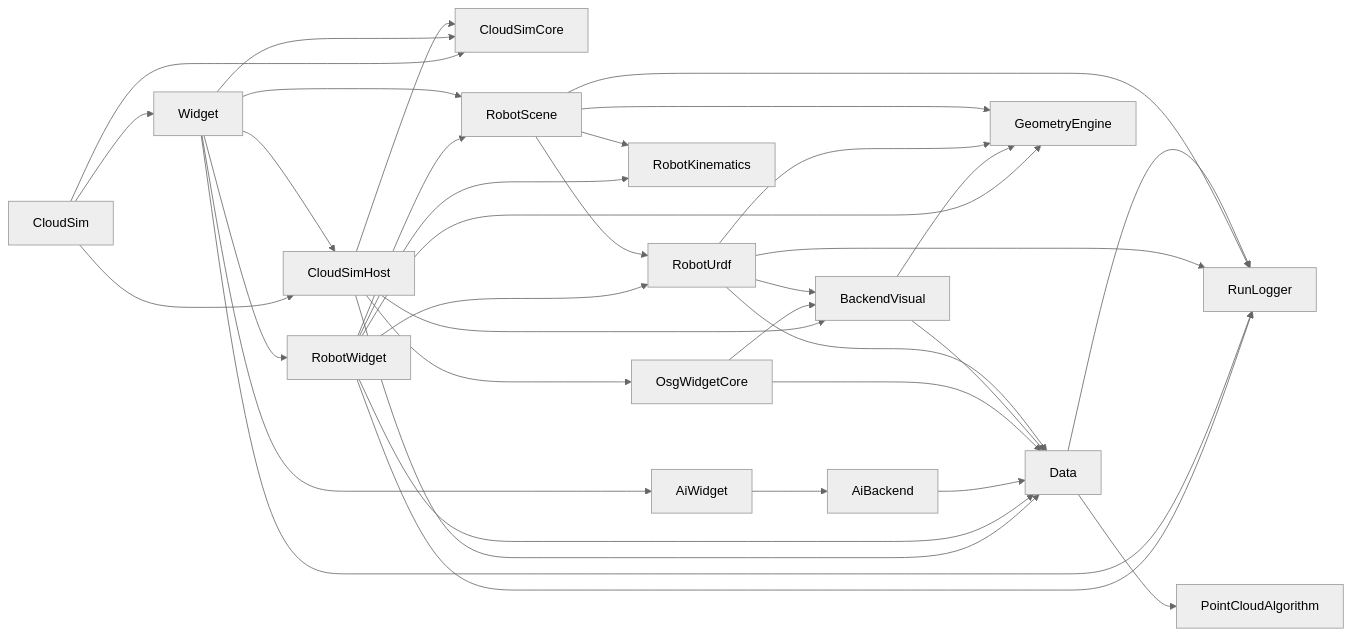
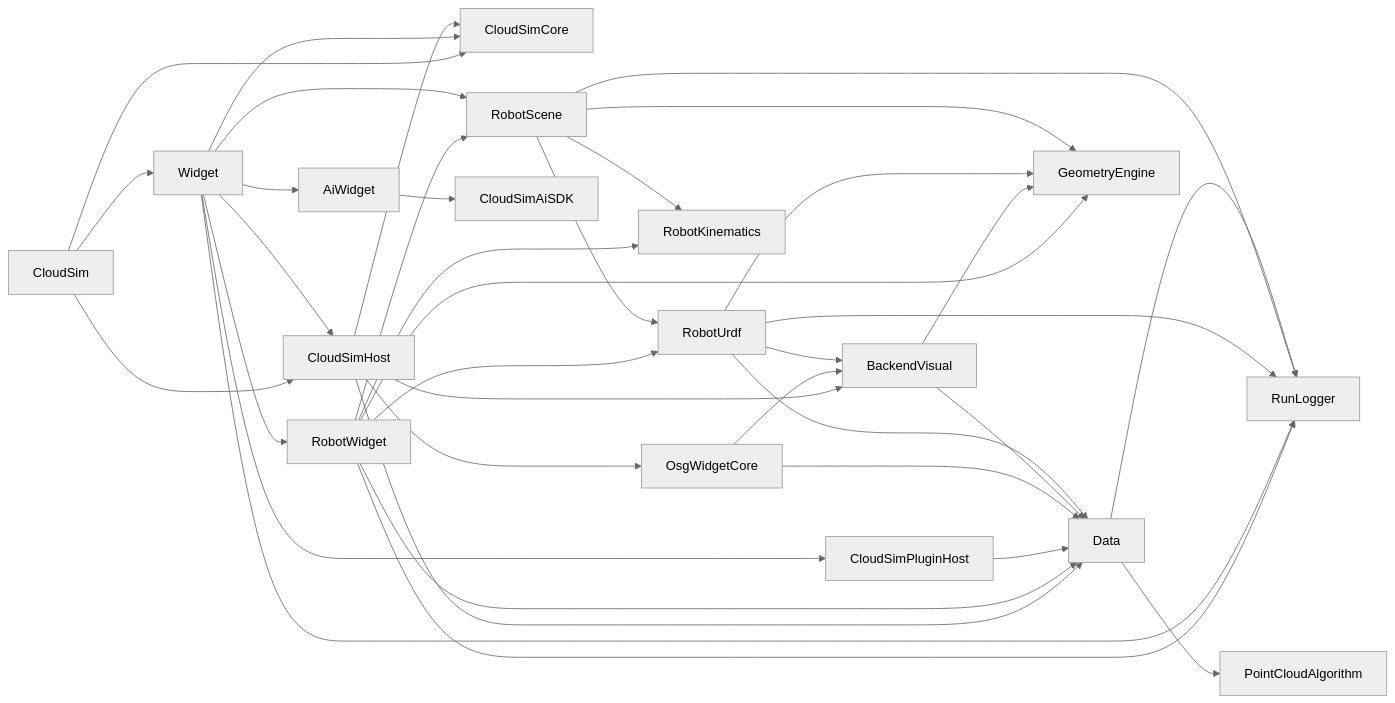
Before and after one commit to sanmunejdn/CloudSim: the third of 9 diagrams in ARCHITECTURE_SUMMARY.md, drawn with Mermaid (neutral theme). The commit also changed other lines of this file and 91 other files, not shown here.

````diff
--- a/ARCHITECTURE_SUMMARY.md
+++ b/ARCHITECTURE_SUMMARY.md
@@ -359,42 +361,43 @@
 ```mermaid
 flowchart LR
     CloudSim --> Widget
     CloudSim --> Host[CloudSimHost]
     CloudSim --> Core[CloudSimCore]
     Widget --> Host
     Widget --> Core
     Host --> Core
     Host --> OsgWidgetCore
     Host --> BackendVisual
     Host --> Data
     Widget --> RobotWidget
     RobotWidget --> RobotScene
     RobotWidget --> RobotUrdf
     RobotWidget --> RobotKinematics
     RobotWidget --> GeometryEngine
     RobotWidget --> RunLogger
     RobotWidget --> Data
     Widget --> RobotScene
     Widget --> RunLogger
     Widget --> AiWidget
-    AiWidget --> AiBackend
-    AiBackend --> Data
+    AiWidget --> CloudSimAiSDK
+    Widget --> CloudSimPluginHost
+    CloudSimPluginHost --> Data
 
     OsgWidgetCore --> BackendVisual
     OsgWidgetCore --> Data
     BackendVisual --> Data
     BackendVisual --> GeometryEngine
 
     RobotUrdf --> Data
     RobotUrdf --> RunLogger
     RobotUrdf --> BackendVisual
     RobotUrdf --> GeometryEngine
 
     RobotScene --> RobotUrdf
     RobotScene --> RobotKinematics
     RobotScene --> RunLogger
     RobotScene --> GeometryEngine
 
     Data --> RunLogger
     Data --> PointCloudAlgorithm
 ```
````
